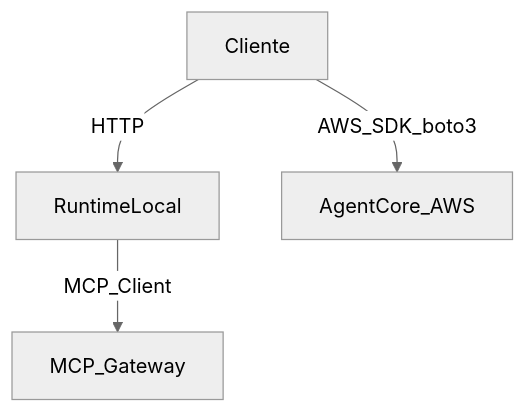
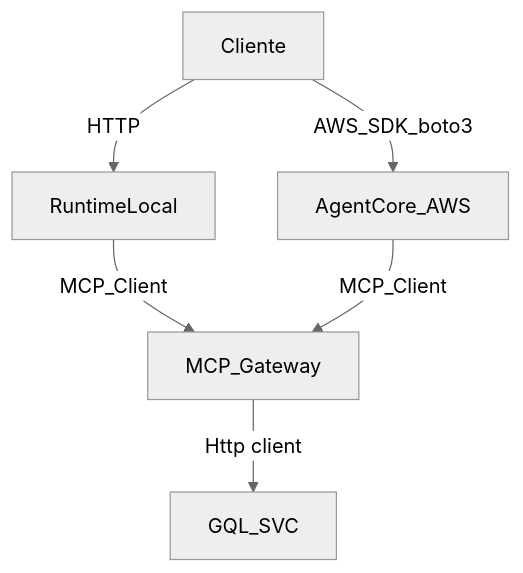
One commit to rcsx13/agentecore-demo changed the diagram in agentcore-demo-4/invocacion_agente.md. Above: the diagram before and after it, drawn with Mermaid (neutral theme).

Commit message:
improving diagram

````diff
--- a/agentcore-demo-4/invocacion_agente.md
+++ b/agentcore-demo-4/invocacion_agente.md
@@ -43,6 +43,8 @@
 ```mermaid
 flowchart TD
     Client[Cliente] -->|HTTP| LocalRuntime[RuntimeLocal]
     LocalRuntime -->|MCP_Client| Gateway[MCP_Gateway]
     Client -->|AWS_SDK_boto3| AWSAgentCore[AgentCore_AWS]
+    AWSAgentCore -->|MCP_Client| Gateway[MCP_Gateway]
+    Gateway -->|Http client| GraphQL[GQL_SVC]
 ```
````
